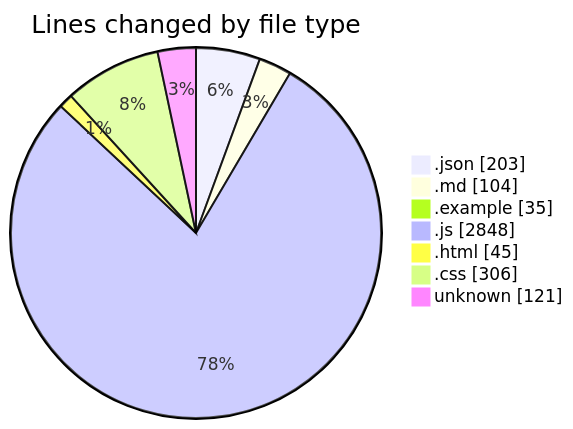
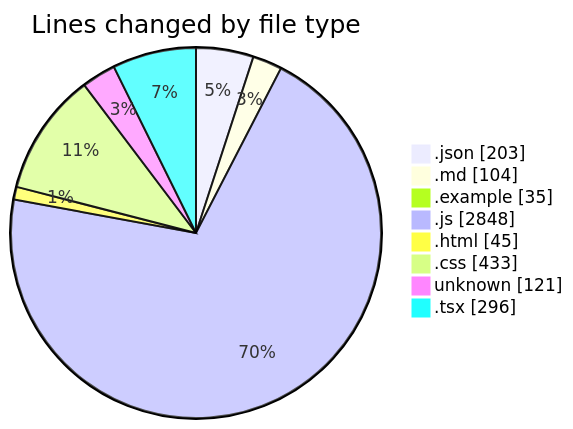
One commit to lephambinh05/code-tracking changed the first of 2 diagrams in 2025-08-05/napxuvn/README.md. Above: the diagram before and after it, drawn with Mermaid. The commit also changed other lines of this file and 1 other file, not shown here.

````diff
--- a/2025-08-05/napxuvn/README.md
+++ b/2025-08-05/napxuvn/README.md
@@ -45,11 +48,12 @@
 ```mermaid
 pie showData
 title Lines changed by file type
 ".json" : 203
 ".md" : 104
 ".example" : 35
 ".js" : 2848
 ".html" : 45
-".css" : 306
+".css" : 433
 "unknown" : 121
+".tsx" : 296
 ```
````
